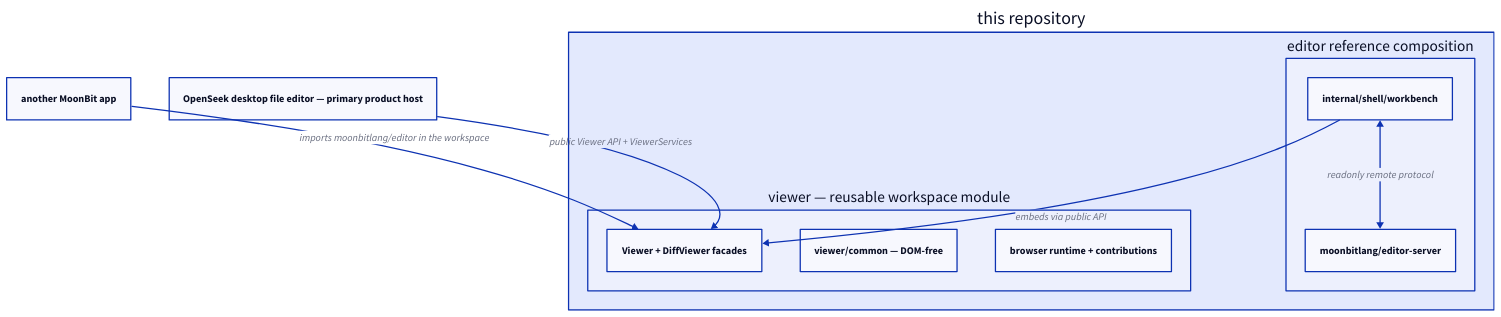
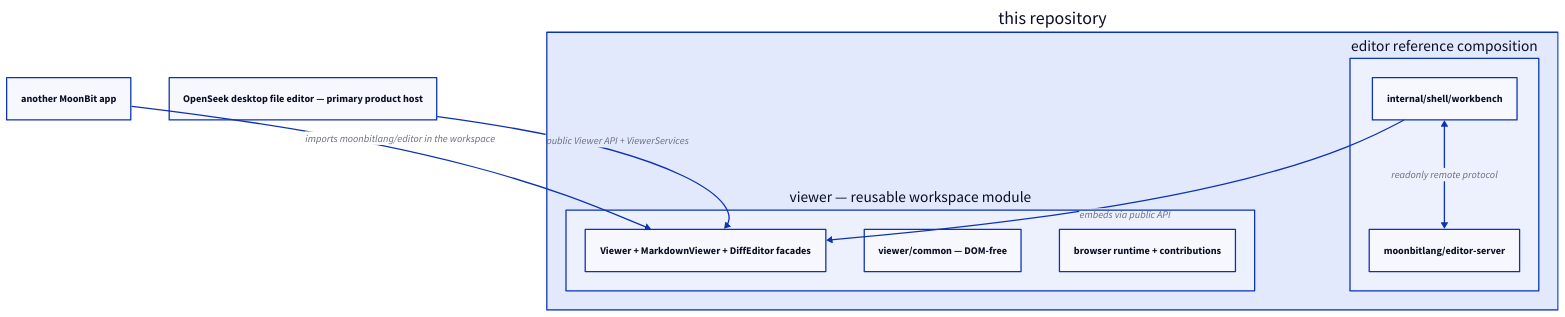
One commit to 0717lee/openseek changed the diagram in editor/README.md. Above: the diagram before and after it, drawn with D2. The commit also changed 304 other files, not shown here.

Commit message:
refactor(editor): rebuild diff viewer around code editor kernels

````diff
--- a/editor/README.md
+++ b/editor/README.md
@@ -20,23 +20,23 @@
 ```d2
 direction: down
 
 embedder: another MoonBit app
 openseek: OpenSeek desktop file editor — primary product host
 
 repo: this repository {
   viewer: viewer — reusable workspace module {
-    facade: Viewer + DiffViewer facades
+    facade: Viewer + MarkdownViewer + DiffEditor facades
     common: viewer/common — DOM-free
     browser: browser runtime + contributions
   }
   reference: editor reference composition {
     workbench: internal/shell/workbench
     server: moonbitlang/editor-server
   }
 }
 
 embedder -> repo.viewer.facade: imports moonbitlang/editor in the workspace
 openseek -> repo.viewer.facade: public Viewer API + ViewerServices
 repo.reference.workbench -> repo.viewer.facade: embeds via public API
 repo.reference.workbench <-> repo.reference.server: readonly remote protocol
 ```
````
